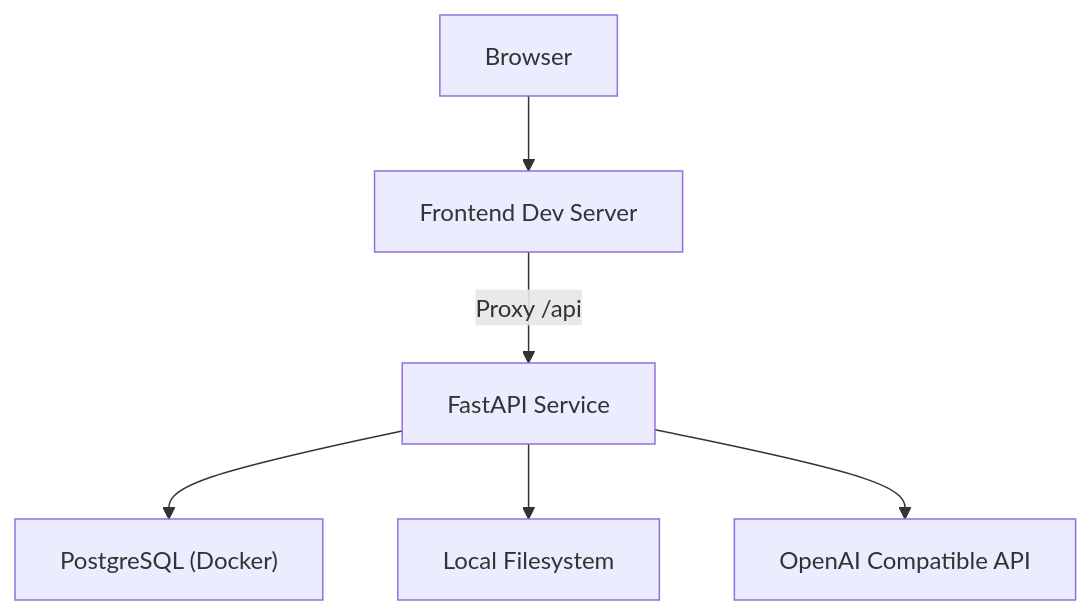
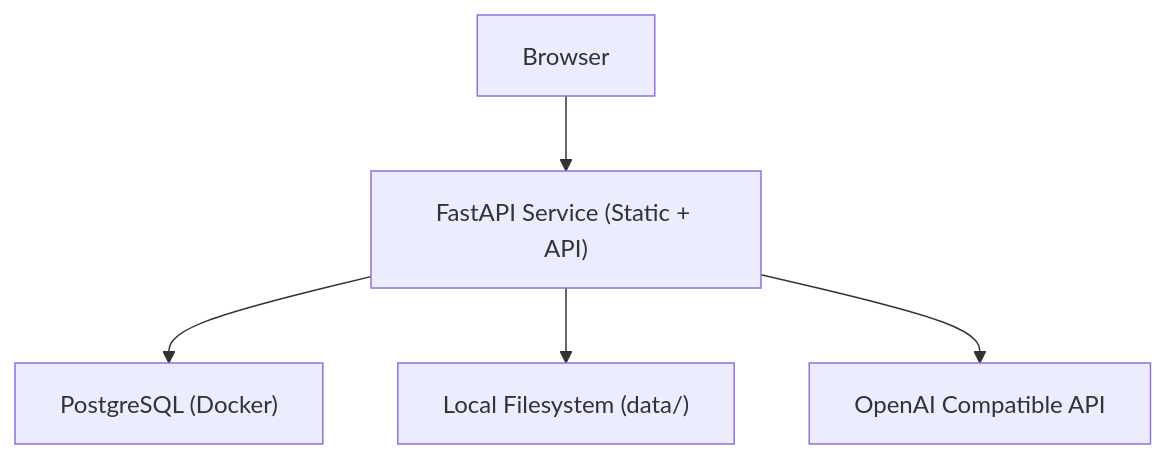
One commit to Gabrlie/BZYAgent changed the second of 2 diagrams in .ai/architecture/system-architecture.md. Above: the diagram before and after it, drawn with Mermaid. The commit also changed other lines of this file and 96 other files, not shown here.

````diff
--- a/.ai/architecture/system-architecture.md
+++ b/.ai/architecture/system-architecture.md
@@ -22,8 +23,7 @@
 ```mermaid
 flowchart TB
-  Client["Browser"] --> Web["Frontend Dev Server"]
-  Web -->|"Proxy /api"| API["FastAPI Service"]
+  Client["Browser"] --> API["FastAPI Service (Static + API)"]
   API --> DB["PostgreSQL (Docker)"]
-  API --> FS["Local Filesystem"]
+  API --> FS["Local Filesystem (data/)"]
   API --> AI["OpenAI Compatible API"]
 ```
````
